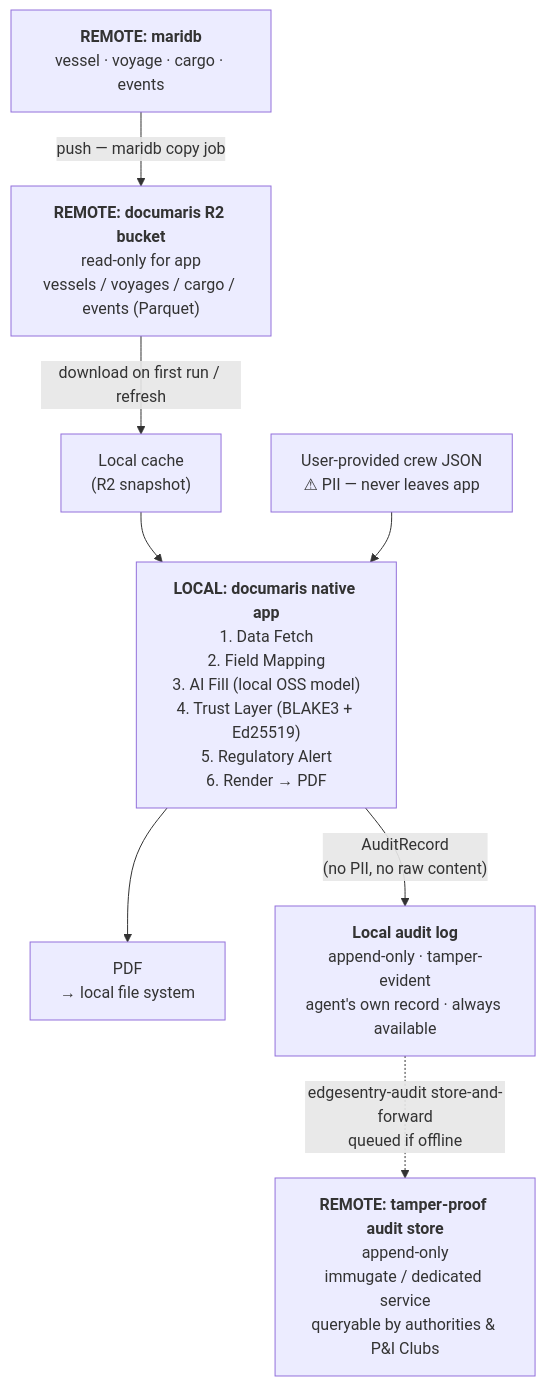
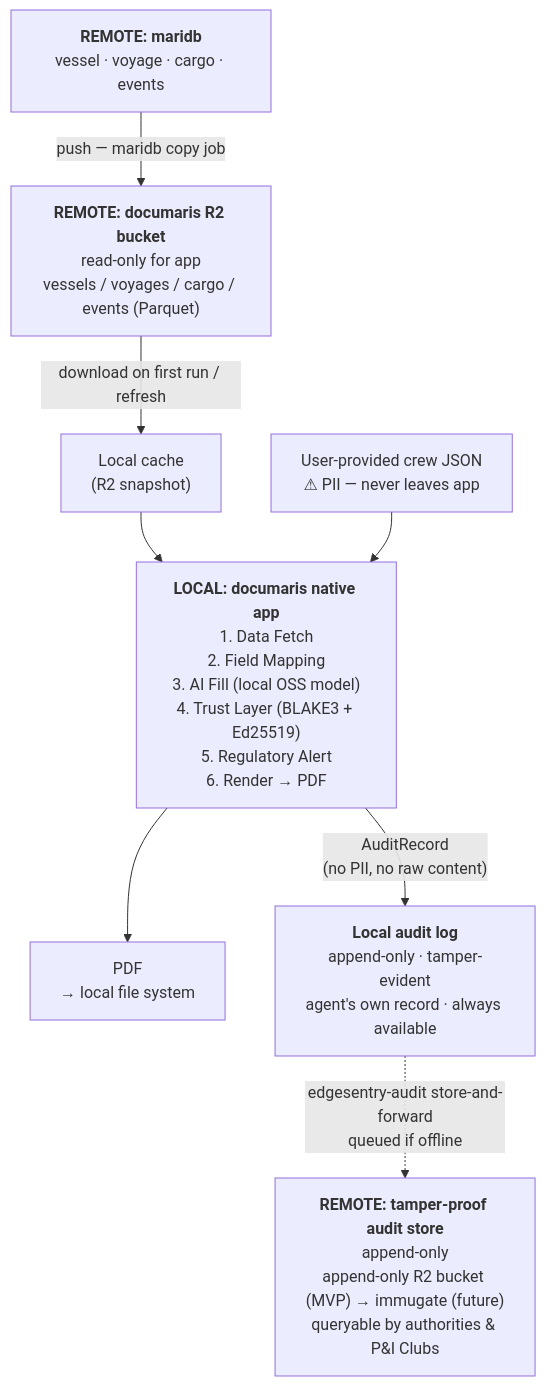
One commit to edgesentry/documaris changed the first of 4 diagrams in docs/architecture.md. Above: the diagram before and after it, drawn with Mermaid. The commit also changed other lines of this file, not shown here.

First line of the commit message:
immugate is a future commercial service; MVP uses append-only R2

````diff
--- a/docs/architecture.md
+++ b/docs/architecture.md
@@ -12,19 +12,19 @@
 ```mermaid
 flowchart TD
     maridb["<b>REMOTE: maridb</b>\nvessel · voyage · cargo · events"]
     r2["<b>REMOTE: documaris R2 bucket</b>\nread-only for app\nvessels / voyages / cargo / events (Parquet)"]
     cache["Local cache\n(R2 snapshot)"]
     crew["User-provided crew JSON\n⚠ PII — never leaves app"]
     pipeline["<b>LOCAL: documaris native app</b>\n1. Data Fetch\n2. Field Mapping\n3. AI Fill (local OSS model)\n4. Trust Layer (BLAKE3 + Ed25519)\n5. Regulatory Alert\n6. Render → PDF"]
     pdf["PDF\n→ local file system"]
     local_log["<b>Local audit log</b>\nappend-only · tamper-evident\nagent's own record · always available"]
-    remote_store["<b>REMOTE: tamper-proof audit store</b>\nappend-only\nimmugate / dedicated service\nqueryable by authorities & P&I Clubs"]
+    remote_store["<b>REMOTE: tamper-proof audit store</b>\nappend-only\nappend-only R2 bucket (MVP) → immugate (future)\nqueryable by authorities & P&I Clubs"]
 
     maridb -->|"push — maridb copy job"| r2
     r2 -->|"download on first run / refresh"| cache
     cache --> pipeline
     crew --> pipeline
     pipeline --> pdf
     pipeline -->|"AuditRecord\n(no PII, no raw content)"| local_log
     local_log -.->|"edgesentry-audit store-and-forward\nqueued if offline"| remote_store
 ```
````
